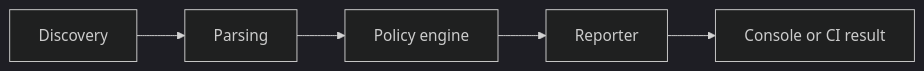
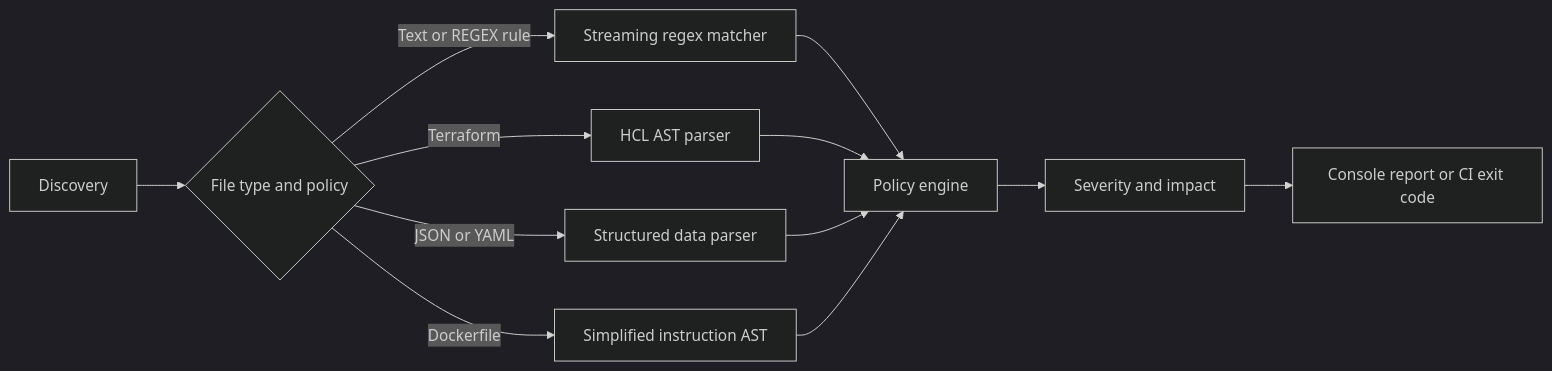
Before and after one commit to binho13edu-coder/guardrail: the diagram in README.md, drawn with Mermaid (dark theme). The commit also changed other lines of this file, not shown here.

Commit message:
docs: polish launch documentation
Added documentation links and known limitations section to README.

````diff
--- a/README.md
+++ b/README.md
@@ -17,7 +19,14 @@
 ```mermaid
 flowchart LR
-  A[Discovery] --> B[Parsing]
-  B --> C[Policy engine]
-  C --> D[Reporter]
-  D --> E[Console or CI result]
+  A[Discovery] --> B{File type and policy}
+  B -->|Text or REGEX rule| C[Streaming regex matcher]
+  B -->|Terraform| D[HCL AST parser]
+  B -->|JSON or YAML| E[Structured data parser]
+  B -->|Dockerfile| F[Simplified instruction AST]
+  C --> G[Policy engine]
+  D --> G
+  E --> G
+  F --> G
+  G --> H[Severity and impact]
+  H --> I[Console report or CI exit code]
 ```
````
